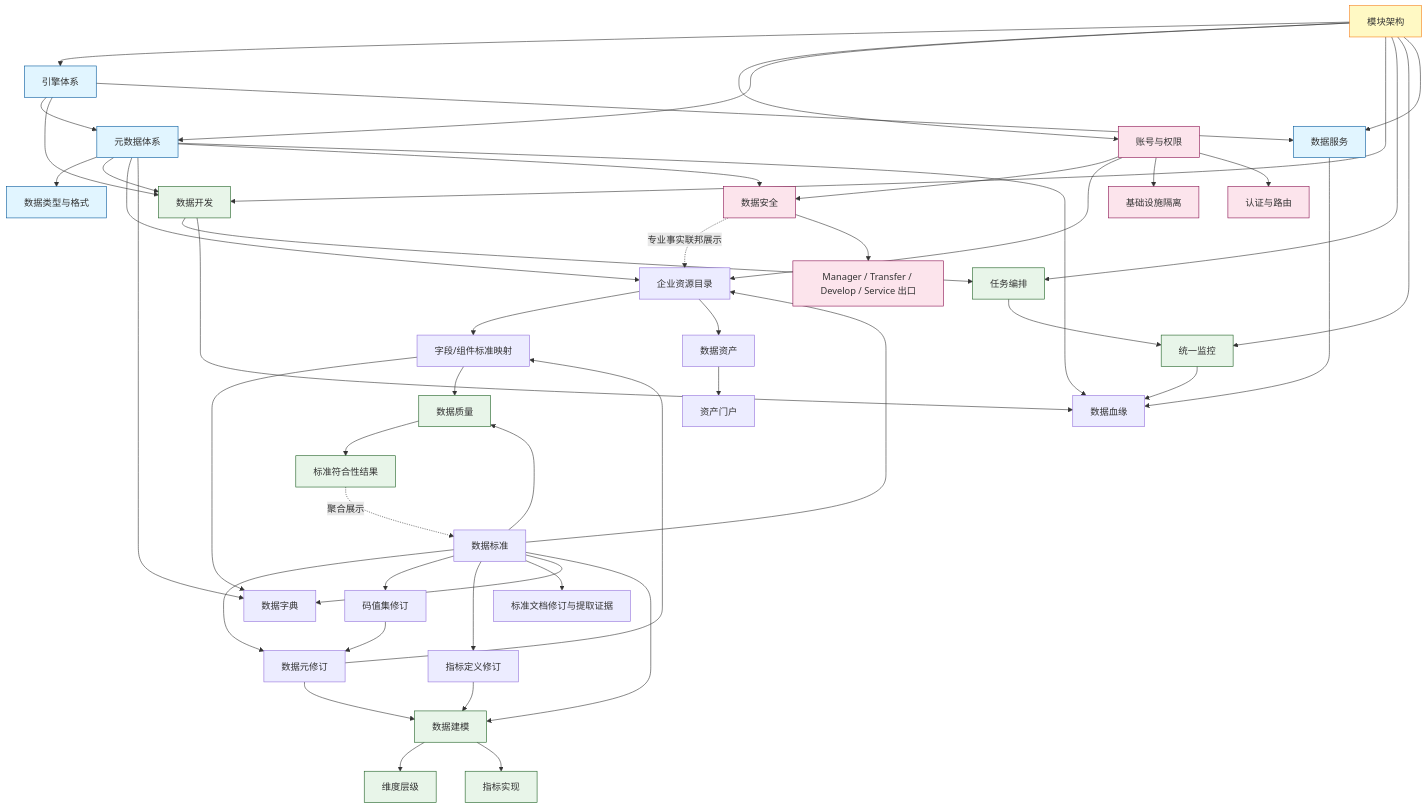
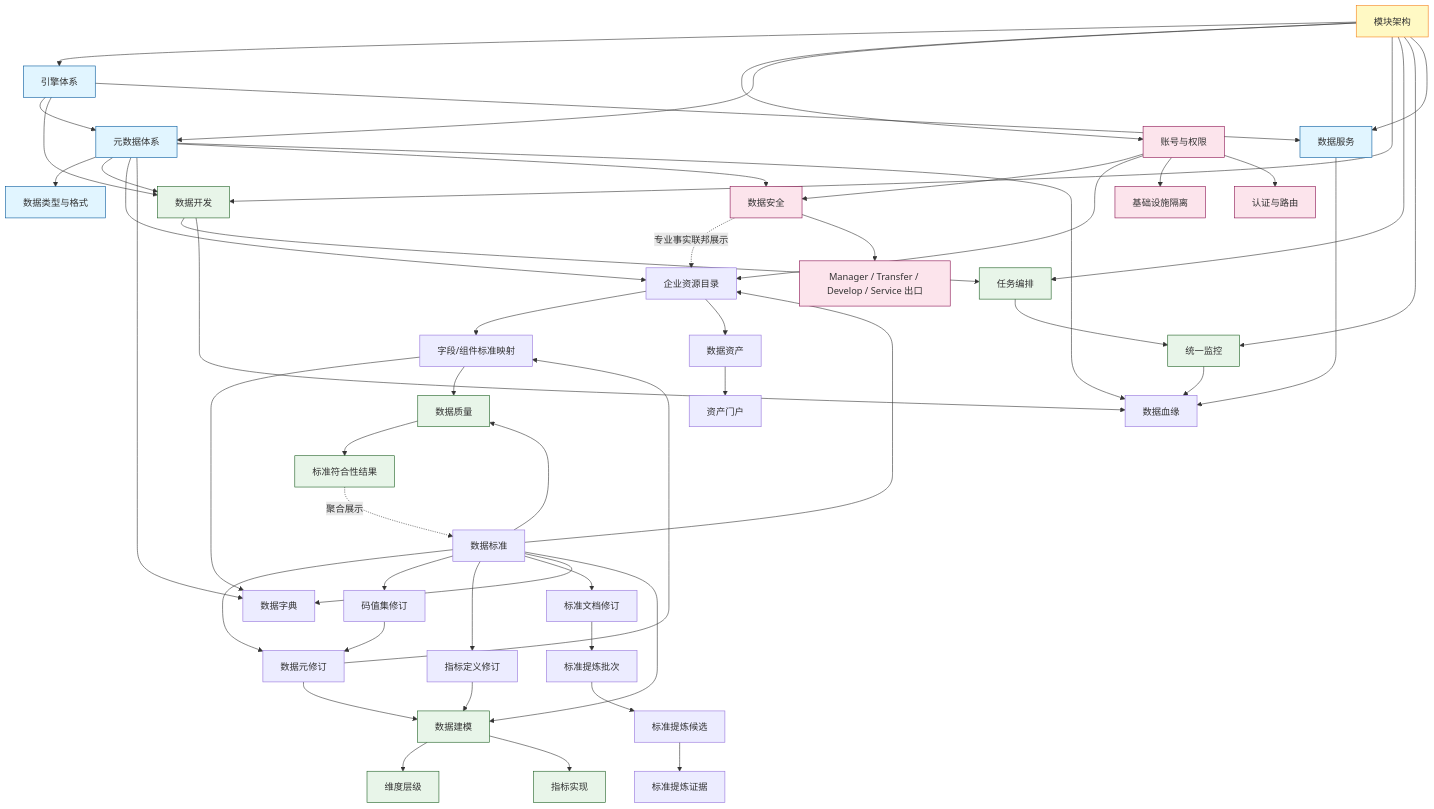
One commit to pampa0629/addp changed the second of 2 diagrams in docs/concepts/addp核心概念关系图.md. Above: the diagram before and after it, drawn with Mermaid. The commit also changed other lines of this file and 346 other files, not shown here.

````diff
--- a/docs/concepts/addp核心概念关系图.md
+++ b/docs/concepts/addp核心概念关系图.md
@@ -448,67 +452,70 @@
 ```mermaid
 graph TB
     引擎[引擎体系] --> 元数据[元数据体系]
     引擎 --> 开发[数据开发]
     引擎 --> 服务[数据服务]
 
     元数据 --> 类型[数据类型与格式]
     元数据 --> 开发
     元数据 --> 目录[企业资源目录]
     标准[数据标准] --> 目录
     标准 --> 元素修订[数据元修订]
     标准 --> 码集修订[码值集修订]
     标准 --> 指标修订[指标定义修订]
-    标准 --> 文档修订[标准文档修订与提取证据]
+    标准 --> 文档修订[标准文档修订]
+    文档修订 --> 提炼批次[标准提炼批次]
+    提炼批次 --> 提炼候选[标准提炼候选]
+    提炼候选 --> 提取证据[标准提炼证据]
     码集修订 --> 元素修订
     目录 --> 映射[字段/组件标准映射]
     元素修订 --> 映射
     元数据 --> 字典[数据字典]
     映射 --> 字典
     标准 --> 字典
     标准 --> 建模[数据建模]
     元素修订 --> 建模
     指标修订 --> 建模
     建模 --> 层级[维度层级]
     建模 --> 指标实现[指标实现]
     映射 --> 质量[数据质量]
     标准 --> 质量
     质量 --> 符合性[标准符合性结果]
     符合性 -. 聚合展示 .-> 标准
     元数据 --> 安全[数据安全]
     账号 --> 安全
     安全 -. 专业事实联邦展示 .-> 目录
     安全 --> 保护出口[Manager / Transfer / Develop / Service 出口]
     账号[账号与权限] --> 目录
     目录 --> 资产[数据资产]
     资产 --> 门户[资产门户]
 
     开发 --> 编排[任务编排]
     编排 --> 监控[统一监控]
     开发 --> 血缘[数据血缘]
     监控 --> 血缘
     服务 --> 血缘
     元数据 --> 血缘
 
     账号 --> 隔离[基础设施隔离]
     账号 --> 认证[认证与路由]
 
     模块[模块架构] --> 引擎
     模块 --> 账号
     模块 --> 元数据
     模块 --> 开发
     模块 --> 编排
     模块 --> 监控
     模块 --> 服务
 
     classDef architecture fill:#fff9c4,stroke:#f57f17
     classDef engine fill:#e1f5ff,stroke:#01579b
     classDef data fill:#e8f5e9,stroke:#1b5e20
     classDef auth fill:#fce4ec,stroke:#880e4f
     classDef dev fill:#f3e5f5,stroke:#4a148c
 
     class 模块 architecture
     class 引擎,元数据,类型,服务 engine
     class 安全,保护出口 auth
     class 开发,建模,层级,指标实现,质量,符合性,编排,监控 data
     class 账号,隔离,认证 auth
 ```
````
